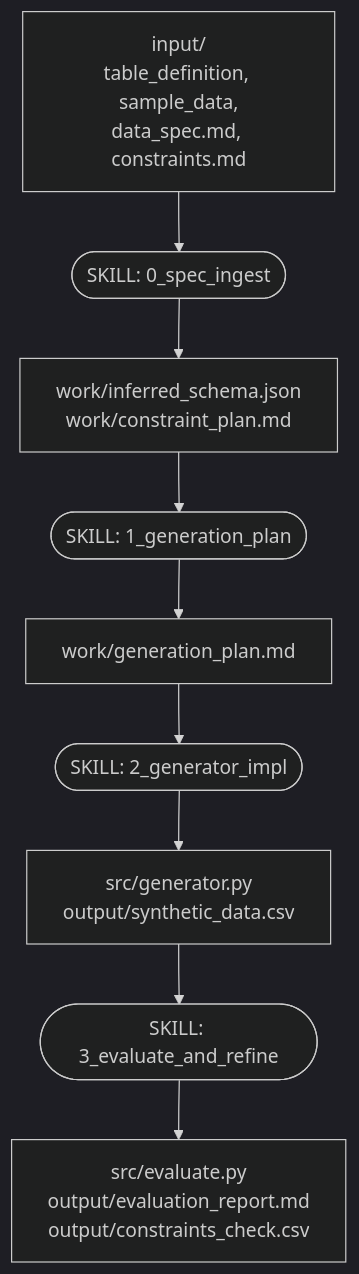
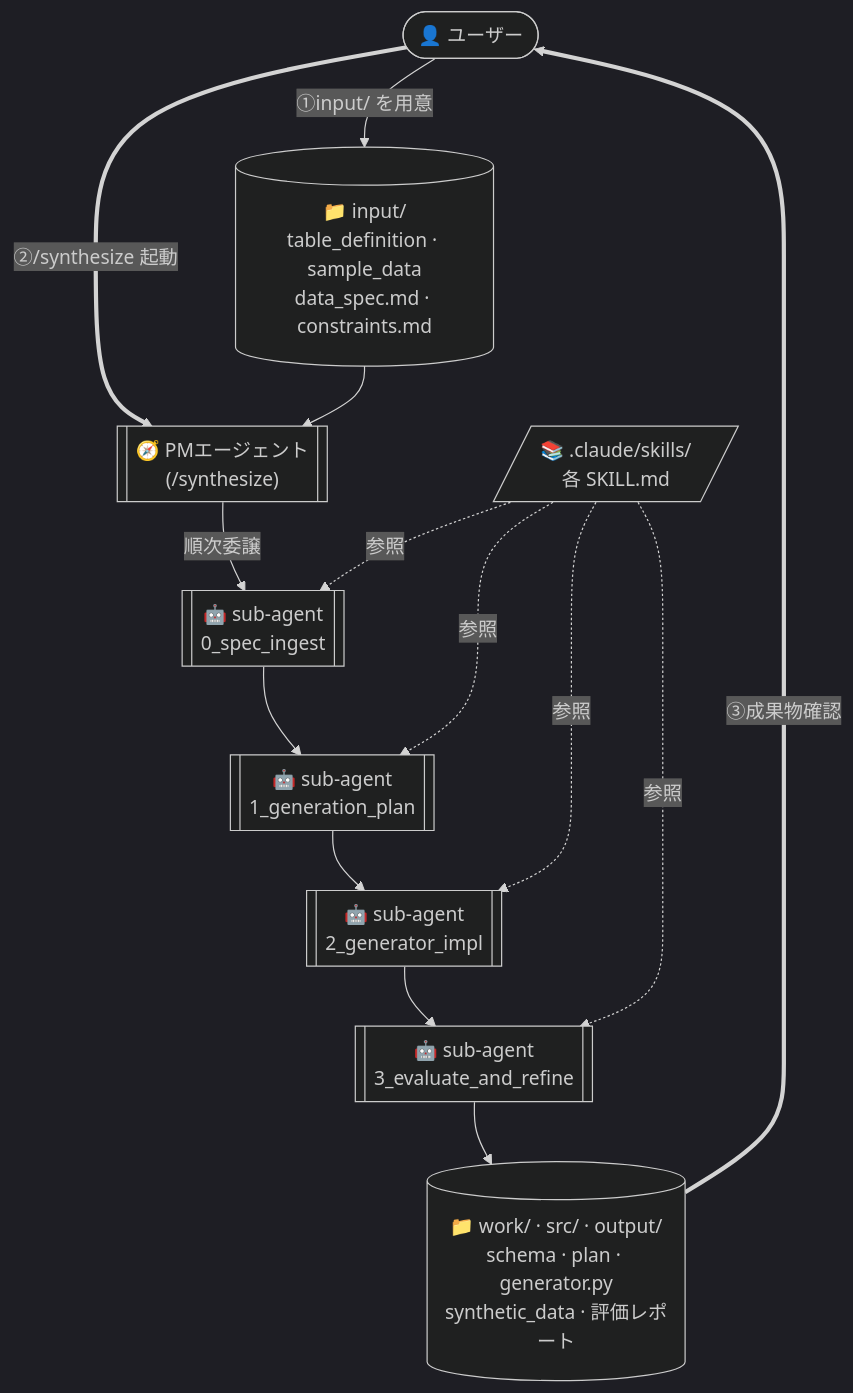
Before and after one commit to gghatano/mockdata-generator: the diagram in README.md, drawn with Mermaid (dark theme). The commit also changed other lines of this file and 1 other file, not shown here.

Commit message:
Reframe /synthesize as a PM agent that delegates to sub-agents
- synthesize SKILL.md: PM has no implementation responsibility; each of
  the 4 steps is delegated to a general-purpose sub-agent that follows
  the corresponding .claude/skills/<step>/SKILL.md. PM only gates
  Acceptance Criteria and reports progress
- README mermaid: replace the linear pipeline diagram with an
  architecture view (user -> input -> PM -> sub-agents -> SKILLs ->
  output) so the orchestrator/worker split is immediately readable
- README copy: clarify that the user's role is input preparation +
  invoking the PM; sub-agents do the work

````diff
--- a/README.md
+++ b/README.md
@@ -8,14 +11,32 @@
 ```mermaid
 flowchart TD
-    IN["input/<br/>table_definition, sample_data,<br/>data_spec.md, constraints.md"]
-    S0(["SKILL: 0_spec_ingest"])
-    W1["work/inferred_schema.json<br/>work/constraint_plan.md"]
-    S1(["SKILL: 1_generation_plan"])
-    W2["work/generation_plan.md"]
-    S2(["SKILL: 2_generator_impl"])
-    O1["src/generator.py<br/>output/synthetic_data.csv"]
-    S3(["SKILL: 3_evaluate_and_refine"])
-    O2["src/evaluate.py<br/>output/evaluation_report.md<br/>output/constraints_check.csv"]
+    USER([👤 ユーザー])
+    INPUT[("📁 input/<br/>table_definition · sample_data<br/>data_spec.md · constraints.md")]
+    PM[["🧭 PMエージェント<br/>(/synthesize)"]]
 
-    IN --> S0 --> W1 --> S1 --> W2 --> S2 --> O1 --> S3 --> O2
+    SA0[["🤖 sub-agent<br/>0_spec_ingest"]]
+    SA1[["🤖 sub-agent<br/>1_generation_plan"]]
+    SA2[["🤖 sub-agent<br/>2_generator_impl"]]
+    SA3[["🤖 sub-agent<br/>3_evaluate_and_refine"]]
+
+    SKILLS[/"📚 .claude/skills/<br/>各 SKILL.md"/]
+
+    OUT[("📁 work/ · src/ · output/<br/>schema · plan · generator.py<br/>synthetic_data · 評価レポート")]
+
+    USER -- "①input/ を用意" --> INPUT
+    USER == "②/synthesize 起動" ==> PM
+    INPUT --> PM
+
+    PM -- "順次委譲" --> SA0
+    SA0 --> SA1
+    SA1 --> SA2
+    SA2 --> SA3
+
+    SKILLS -. 参照 .-> SA0
+    SKILLS -. 参照 .-> SA1
+    SKILLS -. 参照 .-> SA2
+    SKILLS -. 参照 .-> SA3
+
+    SA3 --> OUT
+    OUT == "③成果物確認" ==> USER
 ```
````
